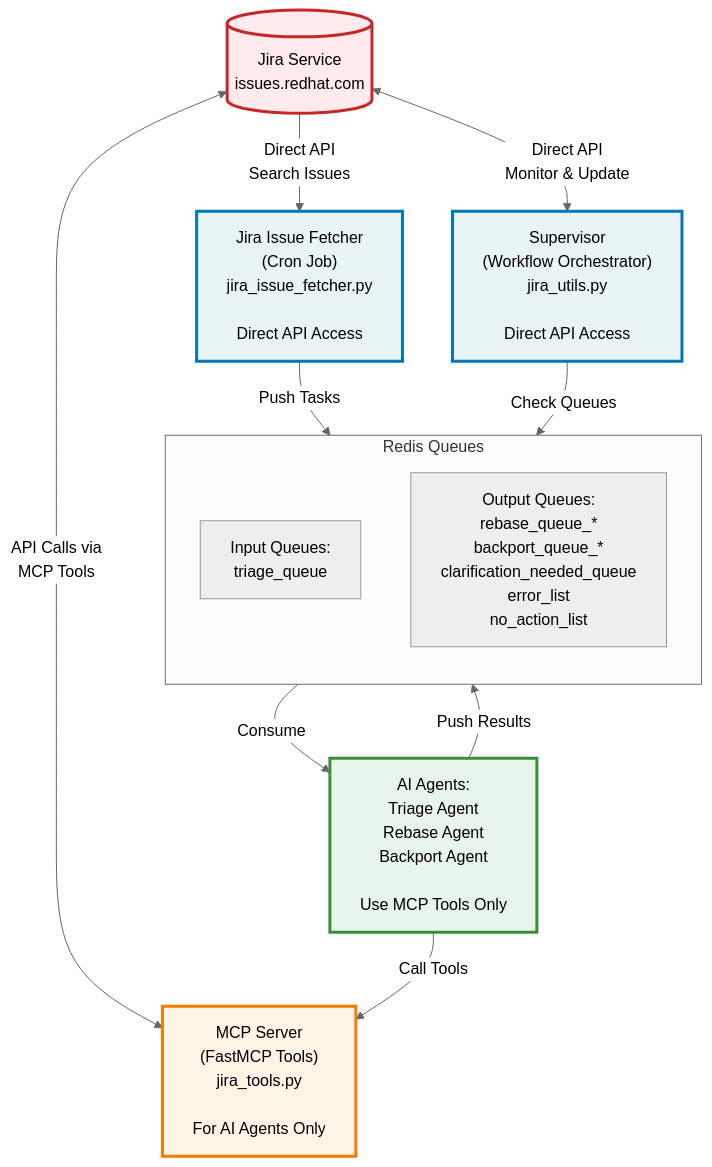
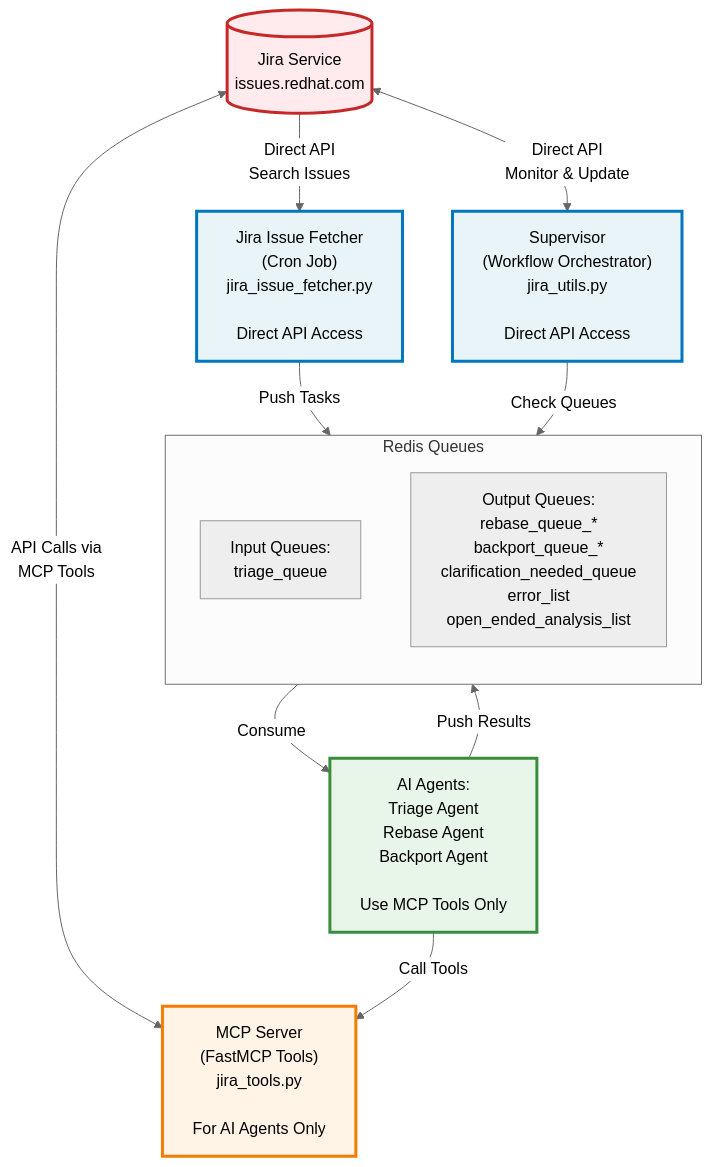
Before and after one commit to packit/ai-workflows: the first of 5 diagrams in jira_data_flow.md, drawn with Mermaid (neutral theme). The commit also changed other lines of this file and 8 other files, not shown here.

First line of the commit message:
Replace no-action resolution with open-ended-analysis in triage agent

````diff
--- a/jira_data_flow.md
+++ b/jira_data_flow.md
@@ -7,37 +7,37 @@
 ```mermaid
 graph TD
     JIRA[("Jira Service<br/>issues.redhat.com")]
 
     JIRA -->|"Direct API<br/>Search Issues"| FETCHER
     JIRA <-->|"Direct API<br/>Monitor & Update"| SUPERVISOR
     JIRA <-->|"API Calls via<br/>MCP Tools"| MCP
 
     FETCHER["Jira Issue Fetcher<br/>(Cron Job)<br/>jira_issue_fetcher.py<br/><br/>Direct API Access"]
 
     FETCHER -->|"Push Tasks"| REDIS_IN
 
     subgraph Redis["Redis Queues"]
         direction TB
         REDIS_IN["Input Queues:<br/>triage_queue"]
-        REDIS_OUT["Output Queues:<br/>rebase_queue_*<br/>backport_queue_*<br/>clarification_needed_queue<br/>error_list<br/>no_action_list"]
+        REDIS_OUT["Output Queues:<br/>rebase_queue_*<br/>backport_queue_*<br/>clarification_needed_queue<br/>error_list<br/>open_ended_analysis_list"]
     end
 
     REDIS_IN -->|"Consume"| AGENTS
 
     AGENTS["AI Agents:<br/>Triage Agent<br/>Rebase Agent<br/>Backport Agent<br/><br/>Use MCP Tools Only"]
 
     AGENTS -->|"Call Tools"| MCP
     AGENTS -->|"Push Results"| REDIS_OUT
 
     MCP["MCP Server<br/>(FastMCP Tools)<br/>jira_tools.py<br/><br/>For AI Agents Only"]
 
     SUPERVISOR["Supervisor<br/>(Workflow Orchestrator)<br/>jira_utils.py<br/><br/>Direct API Access"]
 
     SUPERVISOR -->|"Check Queues"| Redis
 
     style FETCHER fill:#e8f4f8,stroke:#0277bd,stroke-width:3px
     style SUPERVISOR fill:#e8f4f8,stroke:#0277bd,stroke-width:3px
     style MCP fill:#fff4e6,stroke:#f57c00,stroke-width:3px
     style AGENTS fill:#e8f5e9,stroke:#388e3c,stroke-width:3px
     style JIRA fill:#ffebee,stroke:#c62828,stroke-width:3px
 ```
````
